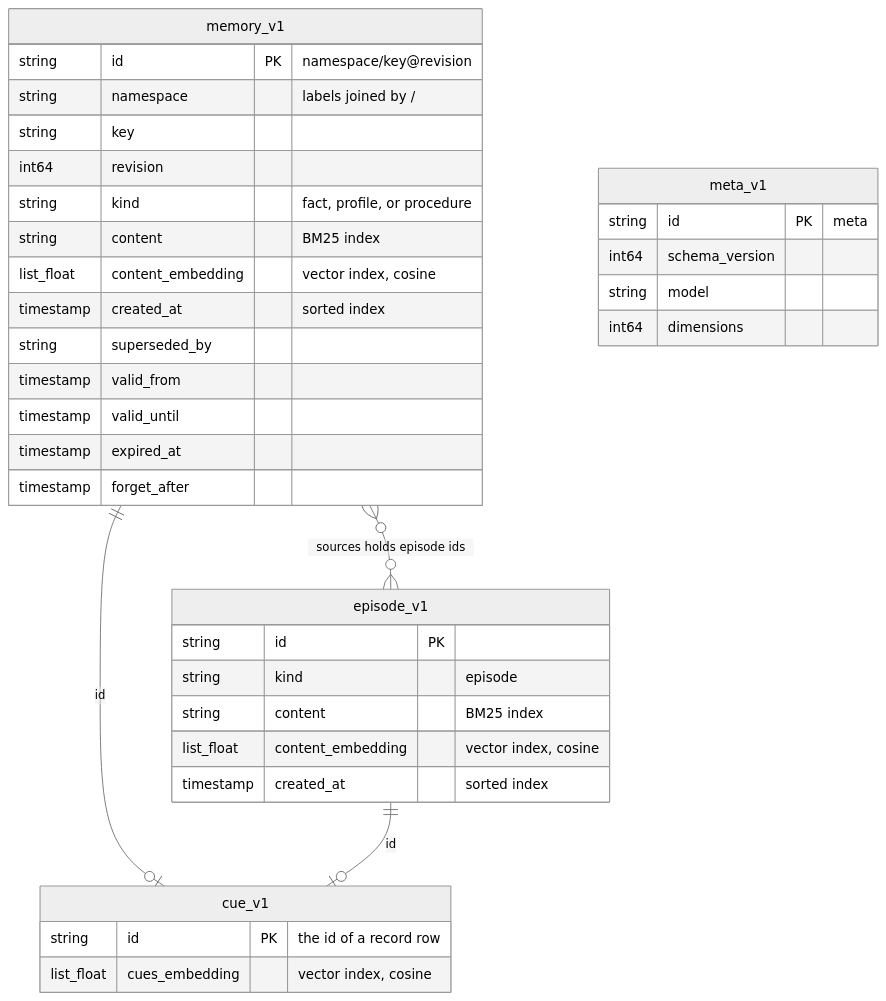
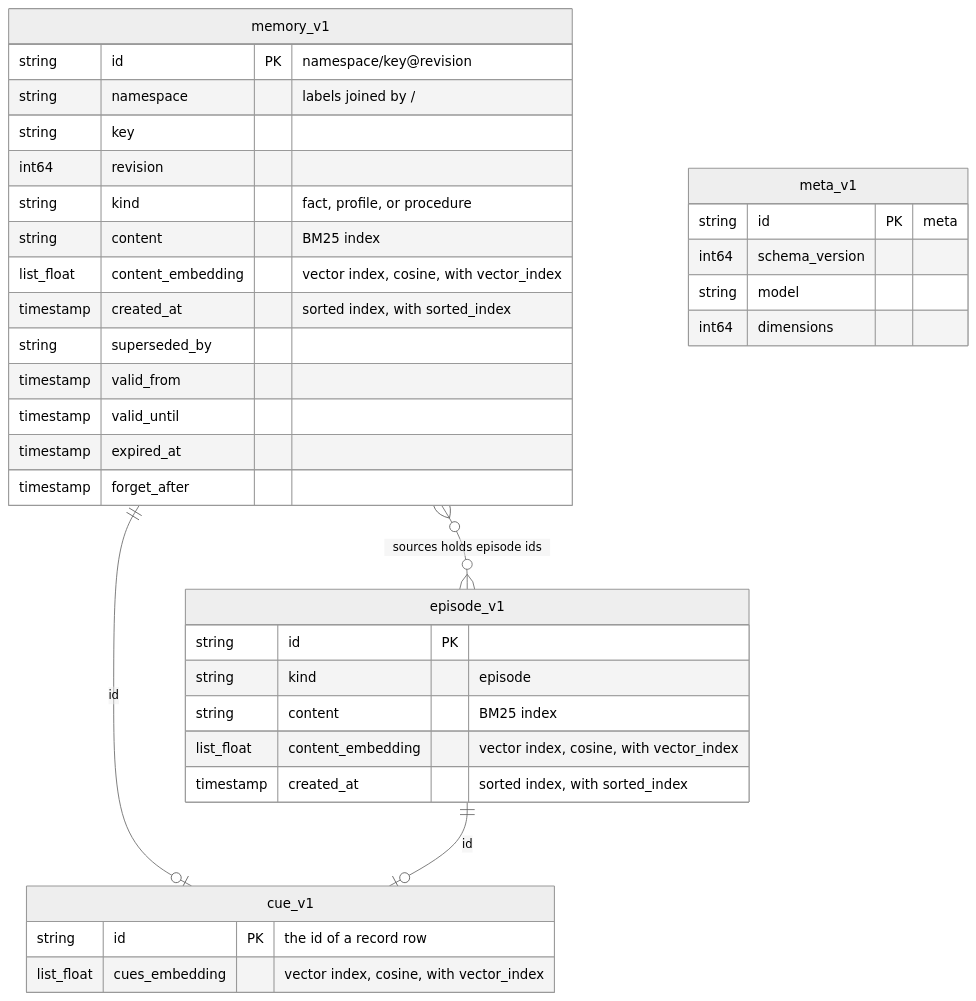
Before and after one commit to hotdata-dev/hotmemory: the second of 12 diagrams in docs/internal/architecture.md, drawn with Mermaid (neutral theme). The commit also changed other lines of this file and 24 other files, not shown here.

First line of the commit message:
Phase 11, part 1: a large memory store, the sorted index made optional, and LongMemEval-S in full (#32)

````diff
--- a/docs/internal/architecture.md
+++ b/docs/internal/architecture.md
@@ -78,38 +78,38 @@
 ```mermaid
 erDiagram
     memory_v1 ||--o| cue_v1 : "id"
     episode_v1 ||--o| cue_v1 : "id"
     memory_v1 }o--o{ episode_v1 : "sources holds episode ids"
     memory_v1 {
         string id PK "namespace/key@revision"
         string namespace "labels joined by /"
         string key
         int64 revision
         string kind "fact, profile, or procedure"
         string content "BM25 index"
-        list_float content_embedding "vector index, cosine"
-        timestamp created_at "sorted index"
+        list_float content_embedding "vector index, cosine, with vector_index"
+        timestamp created_at "sorted index, with sorted_index"
         string superseded_by
         timestamp valid_from
         timestamp valid_until
         timestamp expired_at
         timestamp forget_after
     }
     episode_v1 {
         string id PK
         string kind "episode"
         string content "BM25 index"
-        list_float content_embedding "vector index, cosine"
-        timestamp created_at "sorted index"
+        list_float content_embedding "vector index, cosine, with vector_index"
+        timestamp created_at "sorted index, with sorted_index"
     }
     cue_v1 {
         string id PK "the id of a record row"
-        list_float cues_embedding "vector index, cosine"
+        list_float cues_embedding "vector index, cosine, with vector_index"
     }
     meta_v1 {
         string id PK "meta"
         int64 schema_version
         string model
         int64 dimensions
     }
 ```
````
